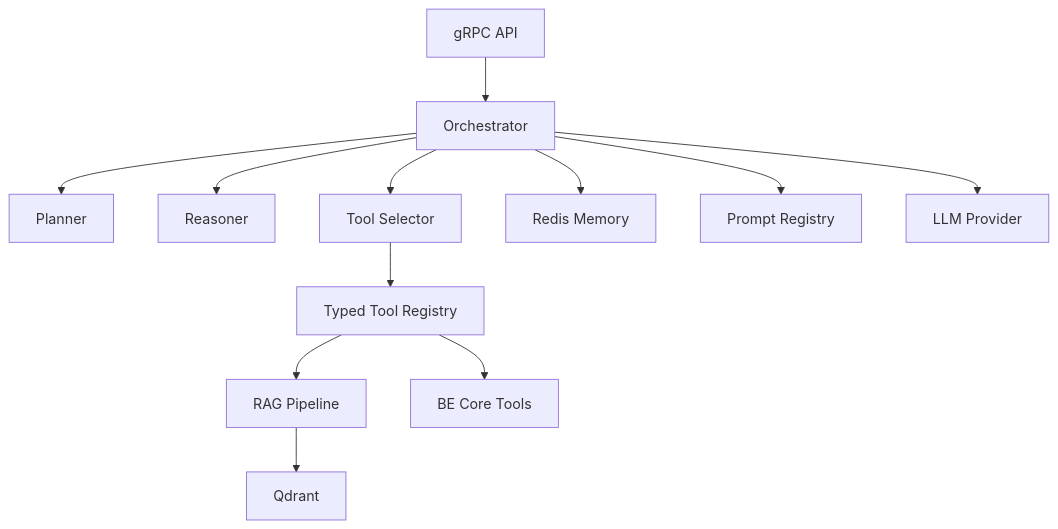
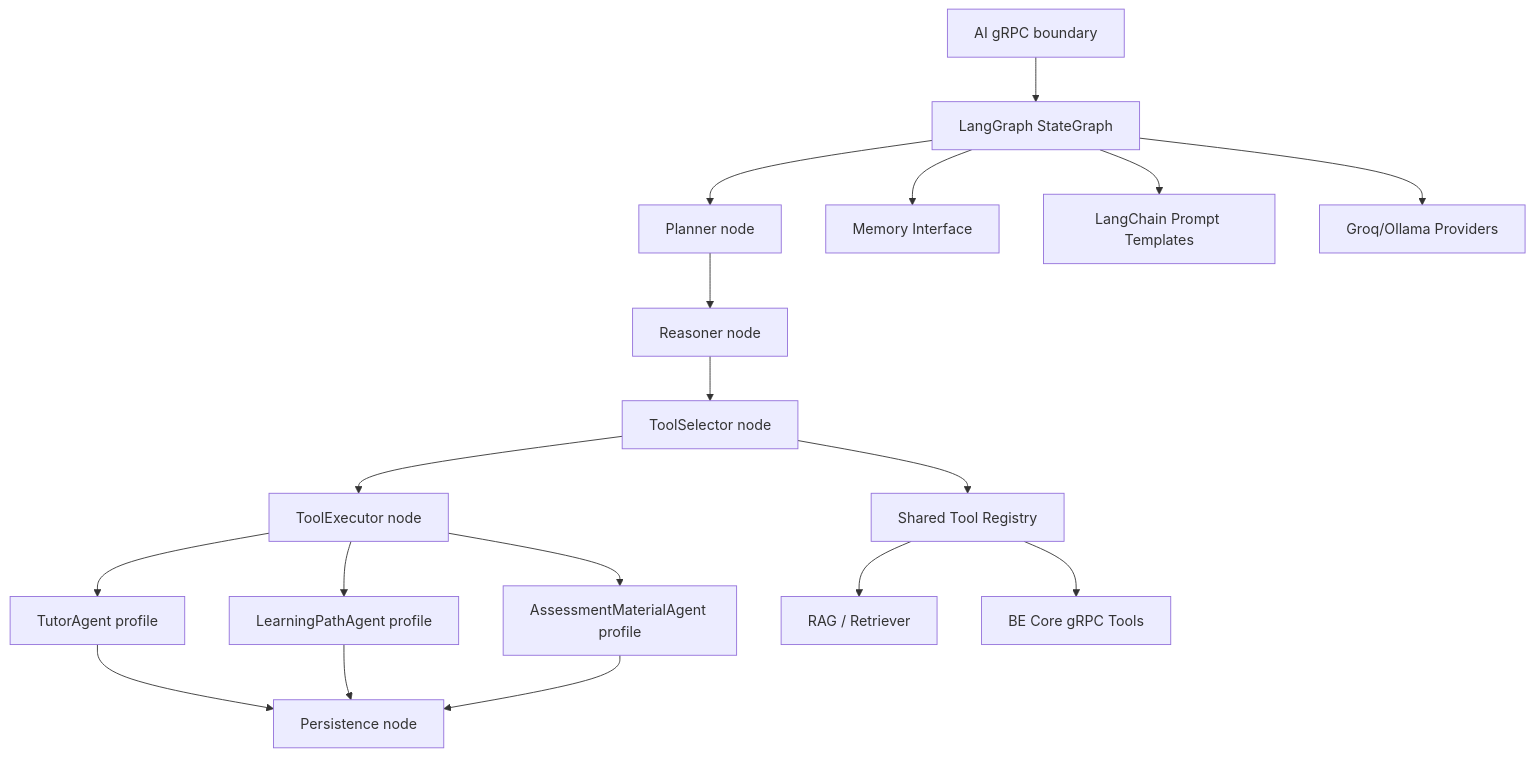
One commit to Tanh1603/EdTech changed the second of 2 diagrams in docs/ai-service/architecture.md. Above: the diagram before and after it, drawn with Mermaid. The commit also changed other lines of this file and 36 other files, not shown here.

````diff
--- a/docs/ai-service/architecture.md
+++ b/docs/ai-service/architecture.md
@@ -206,27 +88,34 @@
 ```mermaid
 flowchart TB
-  GRPC["gRPC API"]
-  ORCH["Orchestrator"]
-  PLAN["Planner"]
-  REASON["Reasoner"]
-  SELECT["Tool Selector"]
-  TOOLS["Typed Tool Registry"]
-  RAG["RAG Pipeline"]
-  MEMORY["Redis Memory"]
-  PROMPTS["Prompt Registry"]
-  LLM["LLM Provider"]
-  BE["BE Core Tools"]
-  QDRANT["Qdrant"]
+  GRPC["AI gRPC boundary"]
+  GRAPH["LangGraph StateGraph"]
+  PLAN["Planner node"]
+  REASON["Reasoner node"]
+  SELECT["ToolSelector node"]
+  EXEC["ToolExecutor node"]
+  PERSIST["Persistence node"]
+  TUTOR["TutorAgent profile"]
+  PATH["LearningPathAgent profile"]
+  ASSESS["AssessmentMaterialAgent profile"]
+  TOOLS["Shared Tool Registry"]
+  RAG["RAG / Retriever"]
+  MEMORY["Memory Interface"]
+  PROMPTS["LangChain Prompt Templates"]
+  MODEL["Groq/Ollama Providers"]
+  BE["BE Core gRPC Tools"]
 
-  GRPC --> ORCH
-  ORCH --> PLAN
-  ORCH --> REASON
-  ORCH --> SELECT
+  GRPC --> GRAPH
+  GRAPH --> PLAN --> REASON --> SELECT --> EXEC
+  EXEC --> TUTOR
+  EXEC --> PATH
+  EXEC --> ASSESS
+  TUTOR --> PERSIST
+  PATH --> PERSIST
+  ASSESS --> PERSIST
   SELECT --> TOOLS
-  ORCH --> MEMORY
-  ORCH --> PROMPTS
-  ORCH --> LLM
   TOOLS --> BE
   TOOLS --> RAG
-  RAG --> QDRANT
+  GRAPH --> MEMORY
+  GRAPH --> PROMPTS
+  GRAPH --> MODEL
 ```
````
